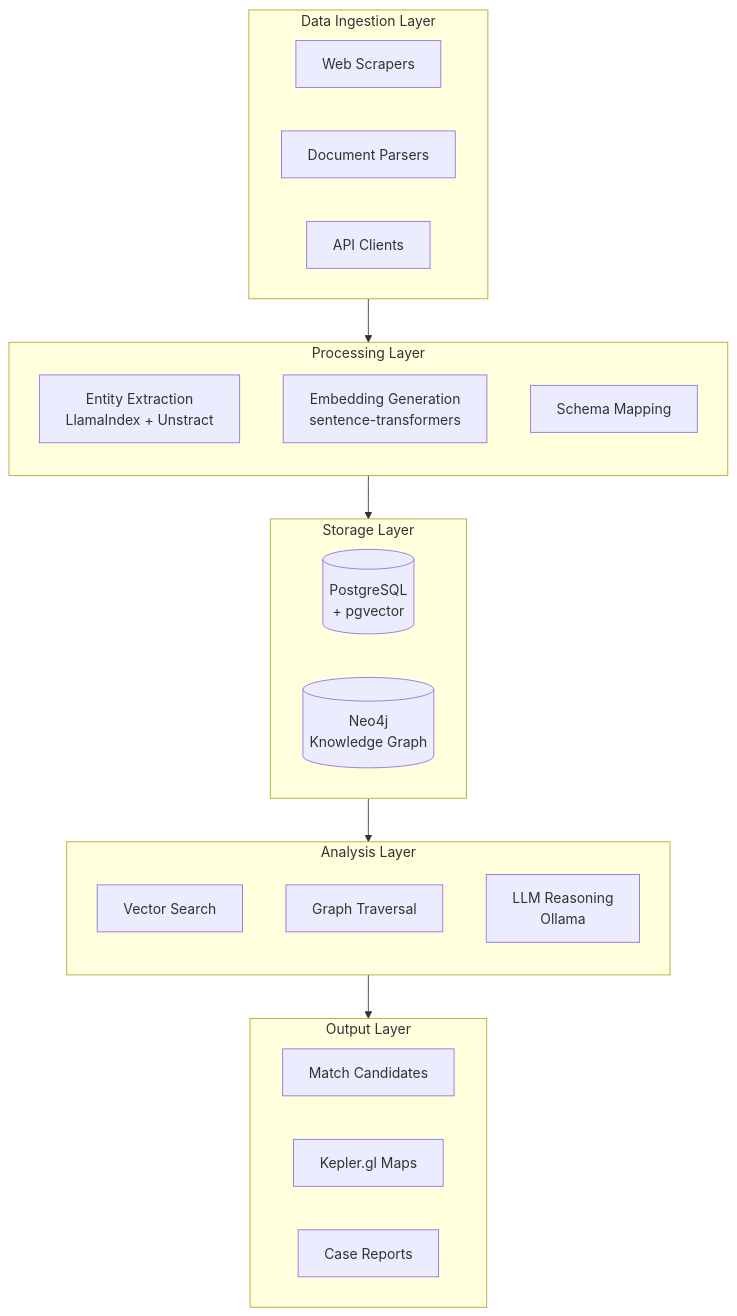
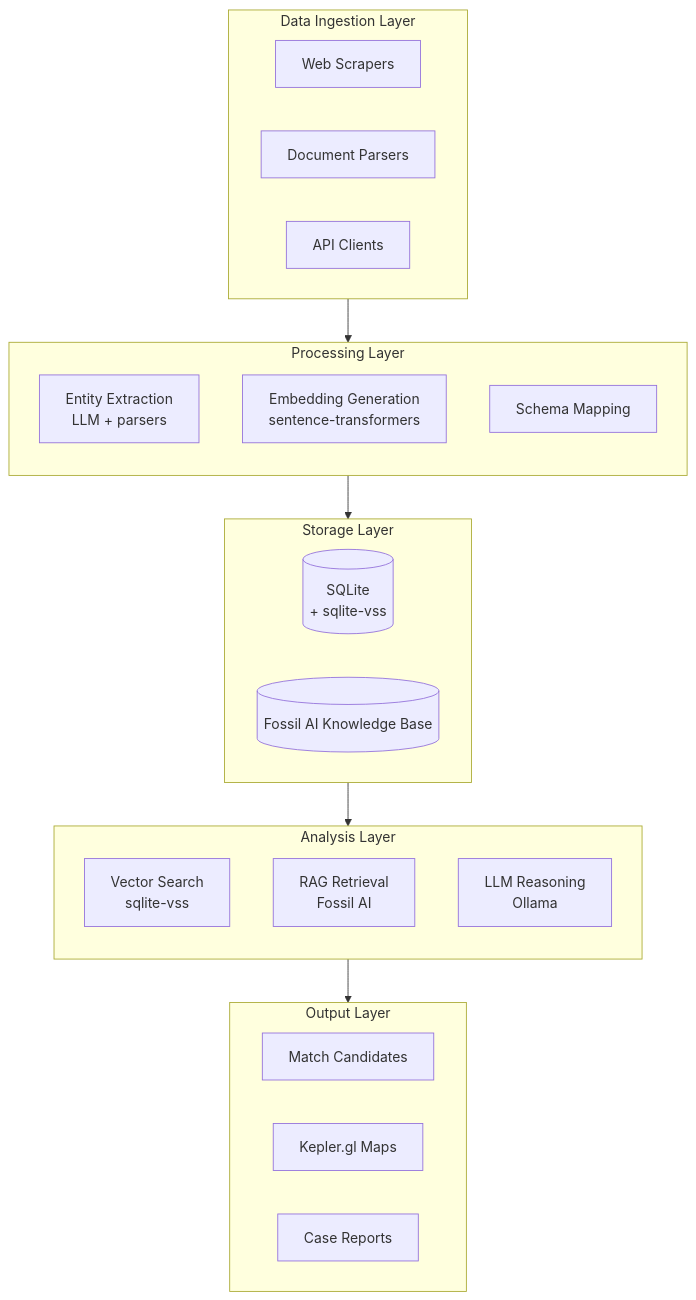
One commit to BenSiv/filament changed the first of 4 diagrams in docs/architecture.md. Above: the diagram before and after it, drawn with Mermaid. The commit also changed other lines of this file and 10 other files, not shown here.

Commit message:
Add fossil roadmap, docs, and ingestion hardening

````diff
--- a/docs/architecture.md
+++ b/docs/architecture.md
@@ -7,40 +7,40 @@
 ```mermaid
 flowchart TB
     subgraph Ingestion["Data Ingestion Layer"]
         direction LR
         Scraper[Web Scrapers]
         Parser[Document Parsers]
         API[API Clients]
     end
     
     subgraph Processing["Processing Layer"]
         direction TB
-        Extract[Entity Extraction<br/>LlamaIndex + Unstract]
+        Extract[Entity Extraction<br/>LLM + parsers]
         Embed[Embedding Generation<br/>sentence-transformers]
         Structure[Schema Mapping]
     end
     
     subgraph Storage["Storage Layer"]
         direction LR
-        PG[(PostgreSQL<br/>+ pgvector)]
-        Neo[(Neo4j<br/>Knowledge Graph)]
+        SQLite[(SQLite<br/>+ sqlite-vss)]
+        Fossil[(Fossil AI Knowledge Base)]
     end
     
     subgraph Analysis["Analysis Layer"]
         direction TB
-        Vector[Vector Search]
-        Graph[Graph Traversal]
+        Vector[Vector Search<br/>sqlite-vss]
+        KB[RAG Retrieval<br/>Fossil AI]
         LLM[LLM Reasoning<br/>Ollama]
     end
     
     subgraph Output["Output Layer"]
         Matches[Match Candidates]
         Viz[Kepler.gl Maps]
         Report[Case Reports]
     end
     
     Ingestion --> Processing
     Processing --> Storage
     Storage --> Analysis
     Analysis --> Output
 ```
````
